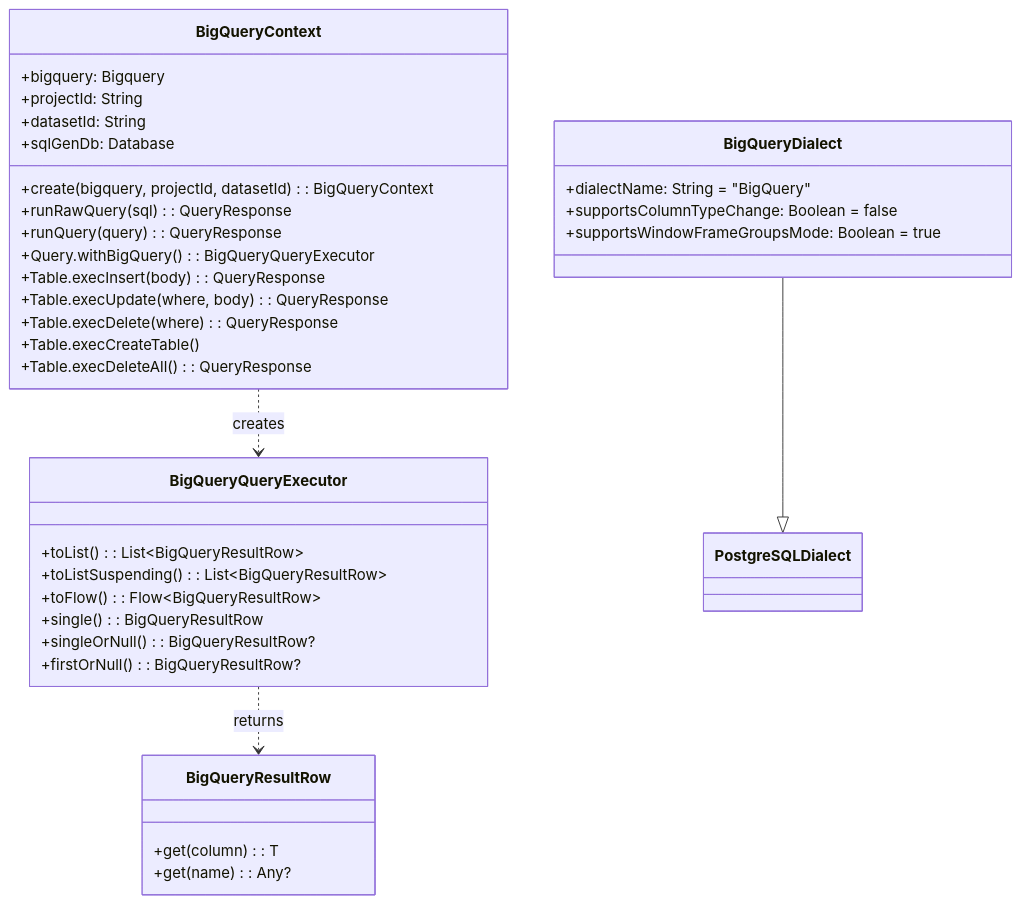
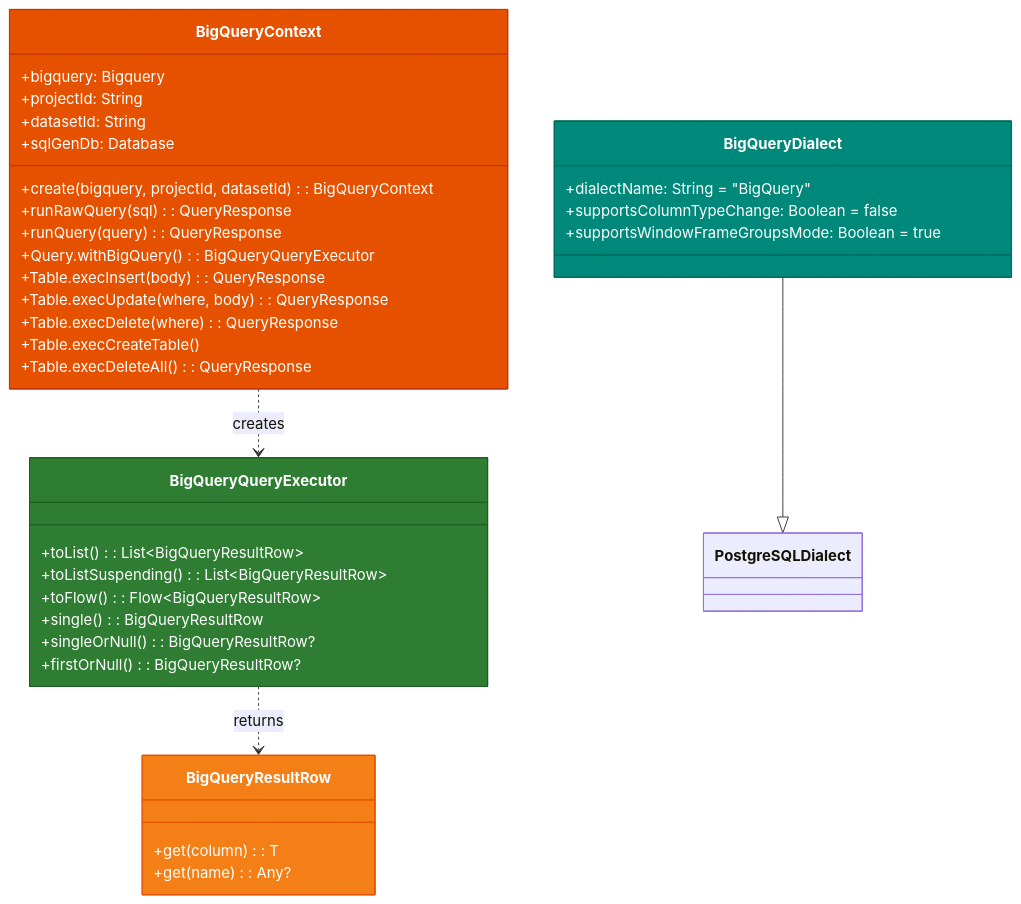
One commit to bluetape4k/bluetape4k-projects changed the first of 2 diagrams in data/exposed-bigquery/README.md. Above: the diagram before and after it, drawn with Mermaid. The commit also changed other lines of this file and 221 other files, not shown here.

First line of the commit message:
docs: 전체 모듈 README UML 다이어그램 보강 및 색상 업그레이드

````diff
--- a/data/exposed-bigquery/README.md
+++ b/data/exposed-bigquery/README.md
@@ -164,39 +164,44 @@
 ```mermaid
 classDiagram
     class BigQueryContext {
         +bigquery: Bigquery
         +projectId: String
         +datasetId: String
         +sqlGenDb: Database
         +create(bigquery, projectId, datasetId): BigQueryContext
         +runRawQuery(sql): QueryResponse
         +runQuery(query): QueryResponse
         +Query.withBigQuery(): BigQueryQueryExecutor
         +Table.execInsert(body): QueryResponse
         +Table.execUpdate(where, body): QueryResponse
         +Table.execDelete(where): QueryResponse
         +Table.execCreateTable()
         +Table.execDeleteAll(): QueryResponse
     }
     class BigQueryQueryExecutor {
         +toList(): List~BigQueryResultRow~
         +toListSuspending(): List~BigQueryResultRow~
         +toFlow(): Flow~BigQueryResultRow~
         +single(): BigQueryResultRow
         +singleOrNull(): BigQueryResultRow?
         +firstOrNull(): BigQueryResultRow?
     }
     class BigQueryResultRow {
         +get(column): T
         +get(name): Any?
     }
     class BigQueryDialect {
         +dialectName: String = "BigQuery"
         +supportsColumnTypeChange: Boolean = false
         +supportsWindowFrameGroupsMode: Boolean = true
     }
 
     BigQueryContext ..> BigQueryQueryExecutor : creates
     BigQueryQueryExecutor ..> BigQueryResultRow : returns
     BigQueryDialect --|> PostgreSQLDialect
+
+    style BigQueryContext fill:#E65100,stroke:#BF360C,color:#FFFFFF
+    style BigQueryQueryExecutor fill:#2E7D32,stroke:#1B5E20,color:#FFFFFF
+    style BigQueryResultRow fill:#F57F17,stroke:#E65100,color:#FFFFFF
+    style BigQueryDialect fill:#00897B,stroke:#00695C,color:#FFFFFF
 ```
````
